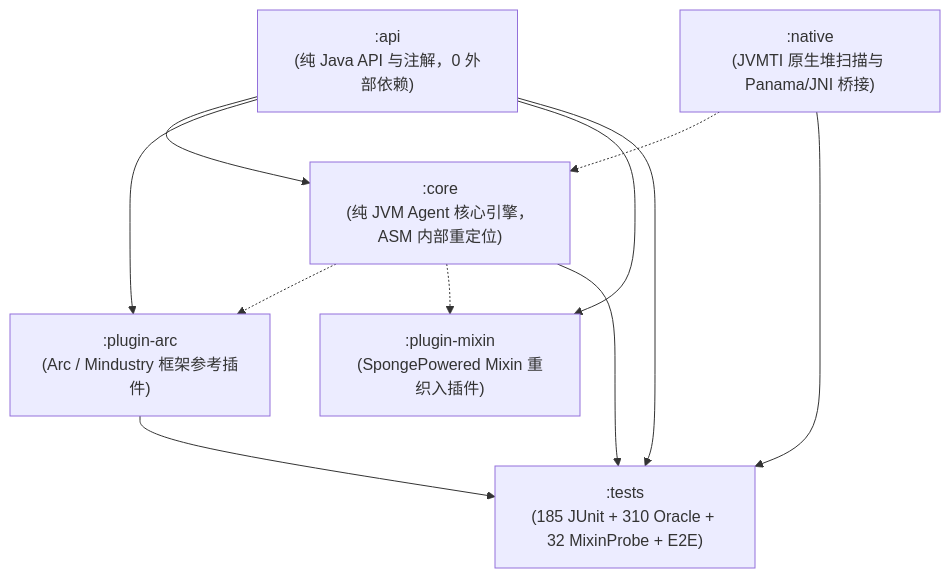
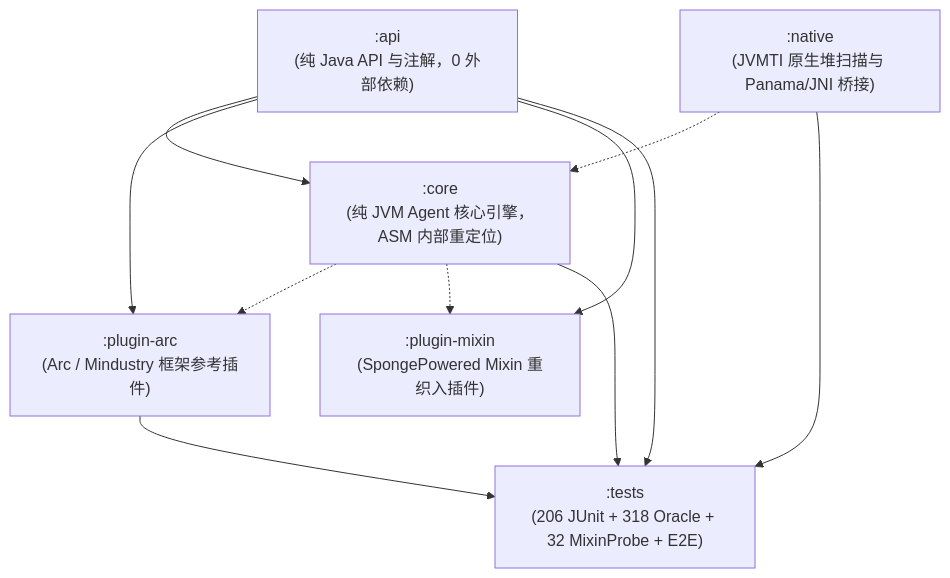
The diagram in README.md (I-hope1/Remold), drawn with Mermaid before and after one commit. The commit also changed other lines of this file and 2 other files, not shown here.

````diff
--- a/README.md
+++ b/README.md
@@ -262,20 +262,20 @@
 ```mermaid
 flowchart TD
     API[":api<br/>(纯 Java API 与注解，0 外部依赖)"]
     CORE[":core<br/>(纯 JVM Agent 核心引擎，ASM 内部重定位)"]
     NATIVE[":native<br/>(JVMTI 原生堆扫描与 Panama/JNI 桥接)"]
     PLUGIN_ARC[":plugin-arc<br/>(Arc / Mindustry 框架参考插件)"]
     PLUGIN_MIXIN[":plugin-mixin<br/>(SpongePowered Mixin 重织入插件)"]
-    TESTS[":tests<br/>(185 JUnit + 310 Oracle + 32 MixinProbe + E2E)"]
+    TESTS[":tests<br/>(206 JUnit + 318 Oracle + 32 MixinProbe + E2E)"]
 
     API --> CORE
     NATIVE -.-> CORE
     API --> PLUGIN_ARC
     API --> PLUGIN_MIXIN
     CORE -.-> PLUGIN_ARC
     CORE -.-> PLUGIN_MIXIN
     CORE --> TESTS
     API --> TESTS
     NATIVE --> TESTS
     PLUGIN_ARC --> TESTS
 ```
````
